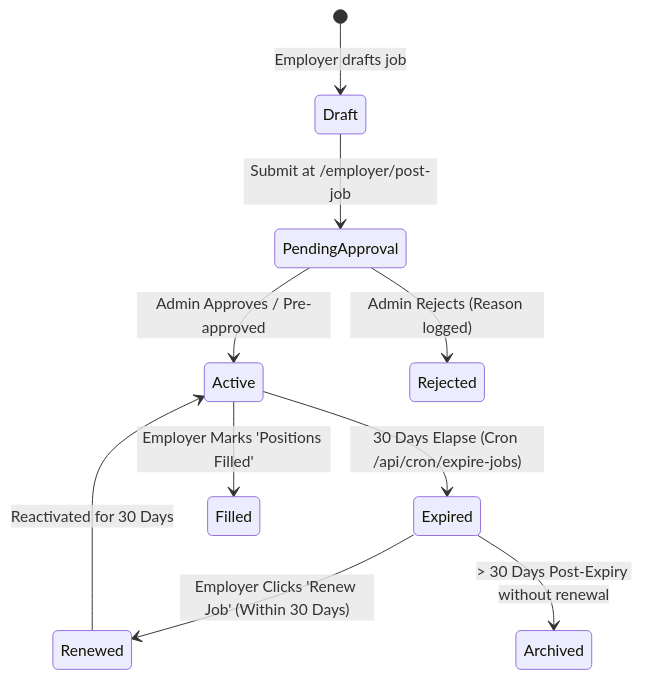
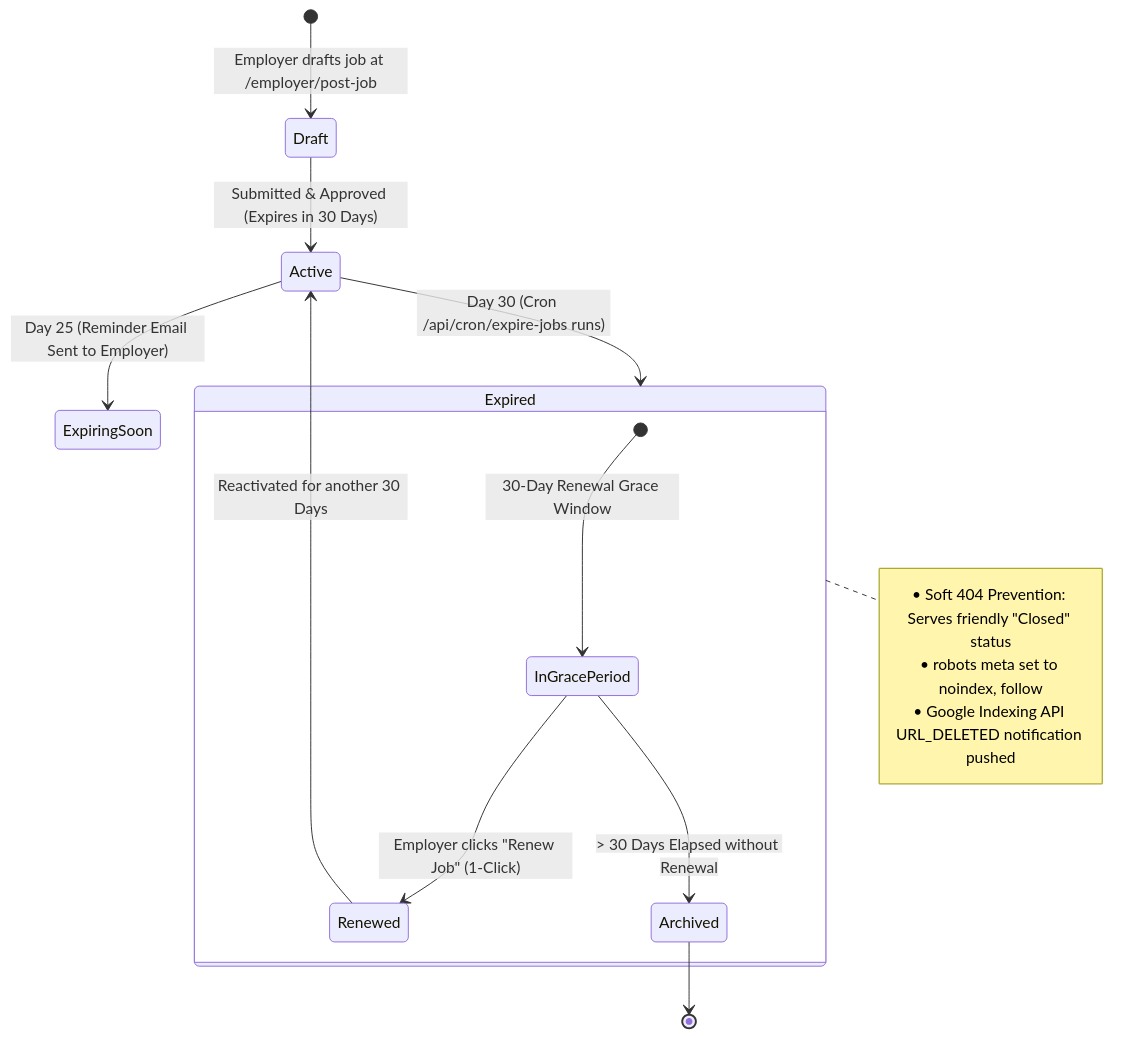
Before and after one commit to SRIESWARAN01/thenijobs-web: the fifth of 13 diagrams in WORKFLOW.md, drawn with Mermaid. The commit also changed other lines of this file and 3 other files, not shown here.

Commit message:
docs(workflow): master system architecture, complete mermaid diagrams, and end-to-end validation test suite

````diff
--- a/WORKFLOW.md
+++ b/WORKFLOW.md
@@ -152,12 +237,22 @@
 ```mermaid
 stateDiagram-v2
-    [*] --> Draft: Employer drafts job
-    Draft --> PendingApproval: Submit at /employer/post-job
-    PendingApproval --> Active: Admin Approves / Pre-approved
-    PendingApproval --> Rejected: Admin Rejects (Reason logged)
-    Active --> Expired: 30 Days Elapse (Cron /api/cron/expire-jobs)
-    Expired --> Renewed: Employer Clicks 'Renew Job' (Within 30 Days)
-    Renewed --> Active: Reactivated for 30 Days
-    Expired --> Archived: > 30 Days Post-Expiry without renewal
-    Active --> Filled: Employer Marks 'Positions Filled'
+    [*] --> Draft: Employer drafts job at /employer/post-job
+    Draft --> Active: Submitted & Approved (Expires in 30 Days)
+    Active --> ExpiringSoon: Day 25 (Reminder Email Sent to Employer)
+    Active --> Expired: Day 30 (Cron /api/cron/expire-jobs runs)
+    
+    state Expired {
+        [*] --> InGracePeriod: 30-Day Renewal Grace Window
+        InGracePeriod --> Renewed: Employer clicks "Renew Job" (1-Click)
+        InGracePeriod --> Archived: > 30 Days Elapsed without Renewal
+    }
+
+    Renewed --> Active: Reactivated for another 30 Days
+    Archived --> [*]
+    
+    note right of Expired
+        • Soft 404 Prevention: Serves friendly "Closed" status
+        • robots meta set to noindex, follow
+        • Google Indexing API URL_DELETED notification pushed
+    end note
 ```
````
